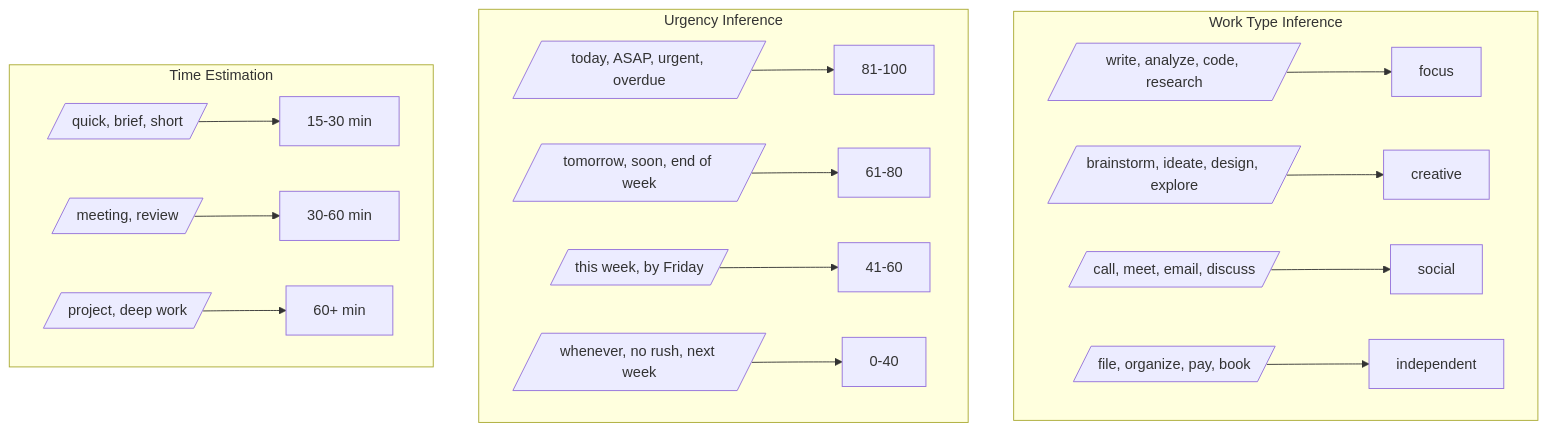
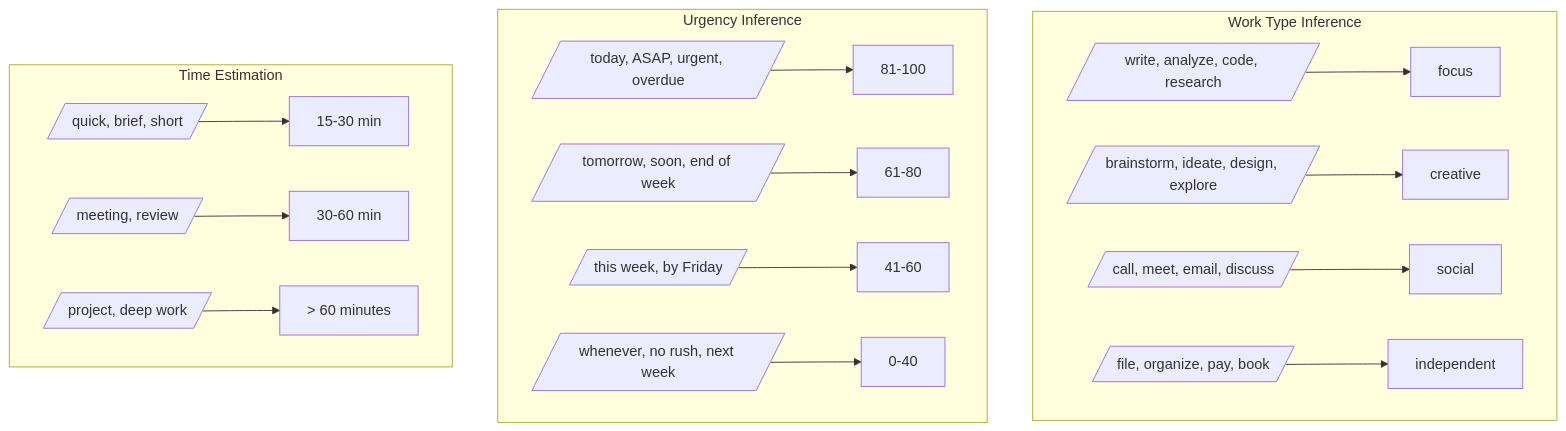
One commit to NickBorgersProbably/hide-my-list changed the fourth of 29 diagrams in docs/task-lifecycle.md. Above: the diagram before and after it, drawn with Mermaid. The commit also changed other lines of this file and 6 other files, not shown here.

````diff
--- a/docs/task-lifecycle.md
+++ b/docs/task-lifecycle.md
@@ -136,22 +136,22 @@
 ```mermaid
 flowchart TD
     subgraph WorkType["Work Type Inference"]
         W1[/"write, analyze, code, research"/] --> Focus[focus]
         W2[/"brainstorm, ideate, design, explore"/] --> Creative[creative]
         W3[/"call, meet, email, discuss"/] --> Social[social]
         W4[/"file, organize, pay, book"/] --> Independent[independent]
     end
 
     subgraph UrgencyRules["Urgency Inference"]
         U1[/"today, ASAP, urgent, overdue"/] --> High[81-100]
         U2[/"tomorrow, soon, end of week"/] --> MedHigh[61-80]
         U3[/"this week, by Friday"/] --> Medium[41-60]
         U4[/"whenever, no rush, next week"/] --> Low[0-40]
     end
 
     subgraph TimeRules["Time Estimation"]
         T1[/"quick, brief, short"/] --> Quick[15-30 min]
         T2[/"meeting, review"/] --> Med[30-60 min]
-        T3[/"project, deep work"/] --> Large[60+ min]
+        T3[/"project, deep work"/] --> Large[> 60 minutes]
     end
 ```
````
